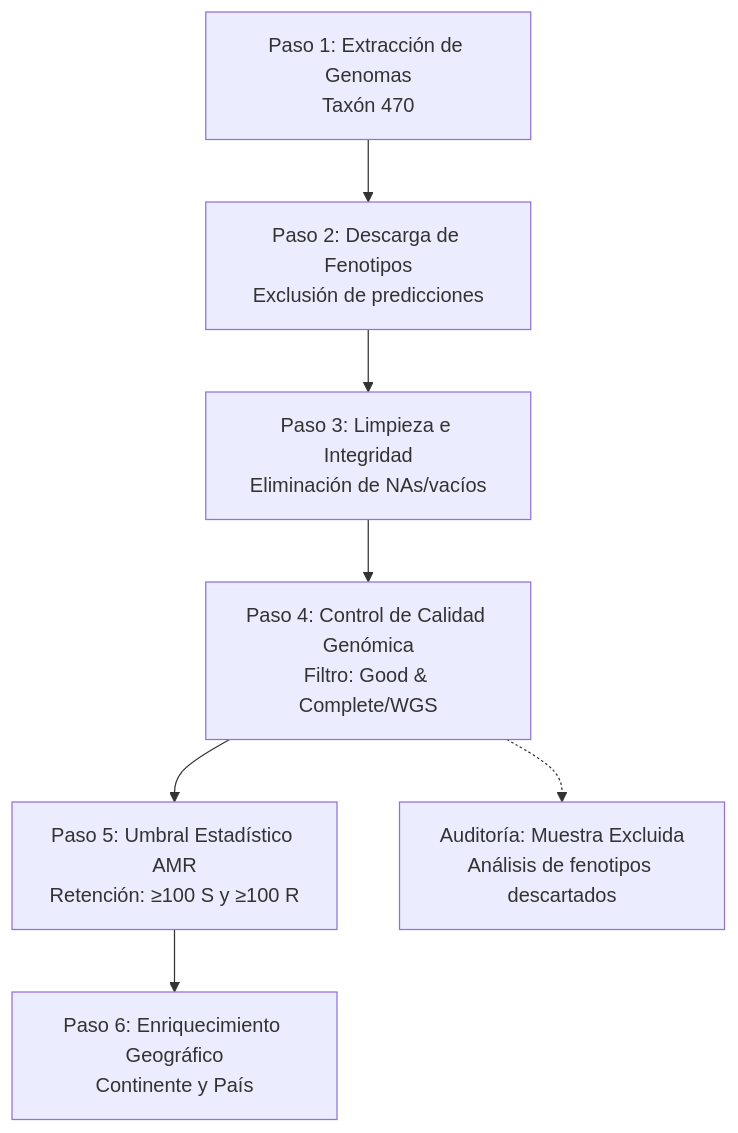
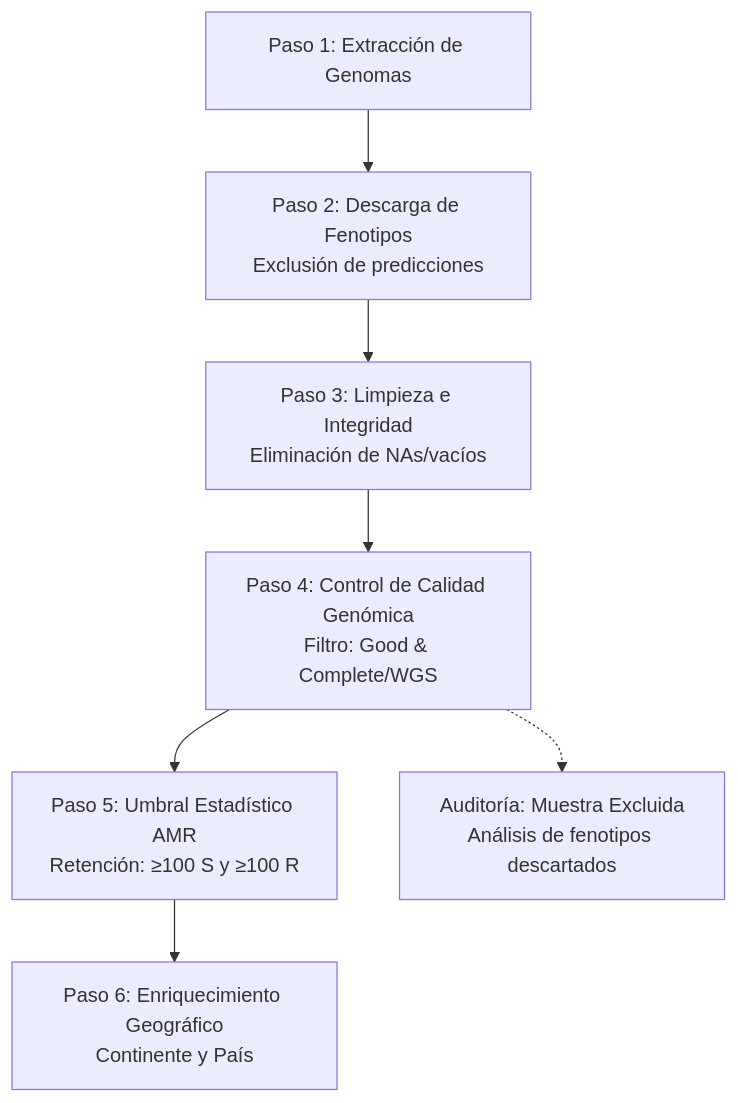
The diagram in README.md (JVladimirAlvarez-source/abaumannii-amr-pipeline-clear), drawn with Mermaid before and after one commit. The commit also changed other lines of this file, not shown here.

````diff
--- a/README.md
+++ b/README.md
@@ -38,10 +38,10 @@
 ```mermaid
 graph TD
-    A[Paso 1: Extracción de Genomas<br>Taxón 470] --> B[Paso 2: Descarga de Fenotipos<br>Exclusión de predicciones]
+    A[Paso 1: Extracción de Genomas<br>] --> B[Paso 2: Descarga de Fenotipos<br>Exclusión de predicciones]
     B --> C[Paso 3: Limpieza e Integridad<br>Eliminación de NAs/vacíos]
     C --> D[Paso 4: Control de Calidad Genómica<br>Filtro: Good & Complete/WGS]
     D --> E[Paso 5: Umbral Estadístico AMR<br>Retención: ≥100 S y ≥100 R]
     E --> F[Paso 6: Enriquecimiento Geográfico<br>Continente y País]
     D -.-> G[Auditoría: Muestra Excluida<br>Análisis de fenotipos descartados]
 
 ```
````
